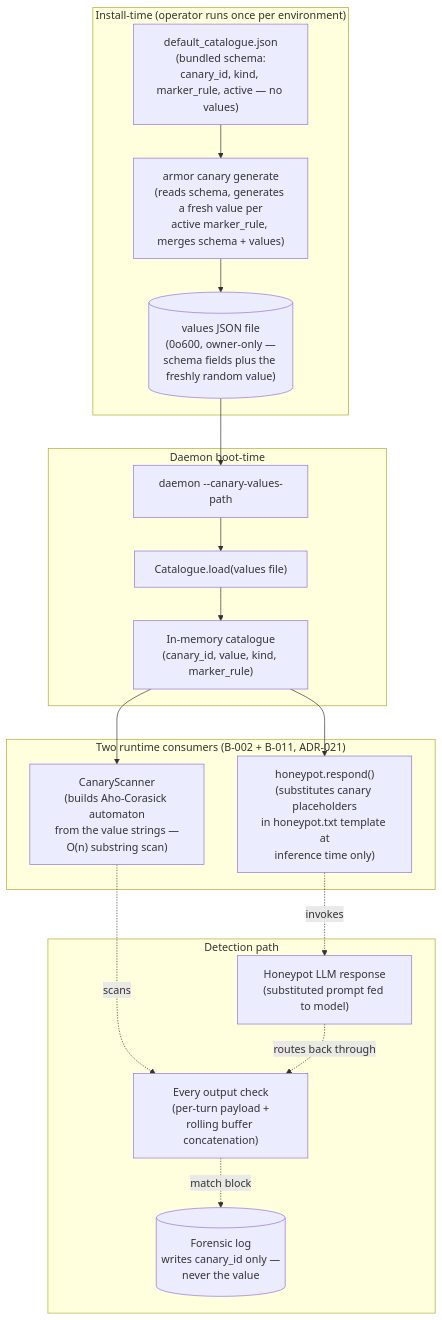
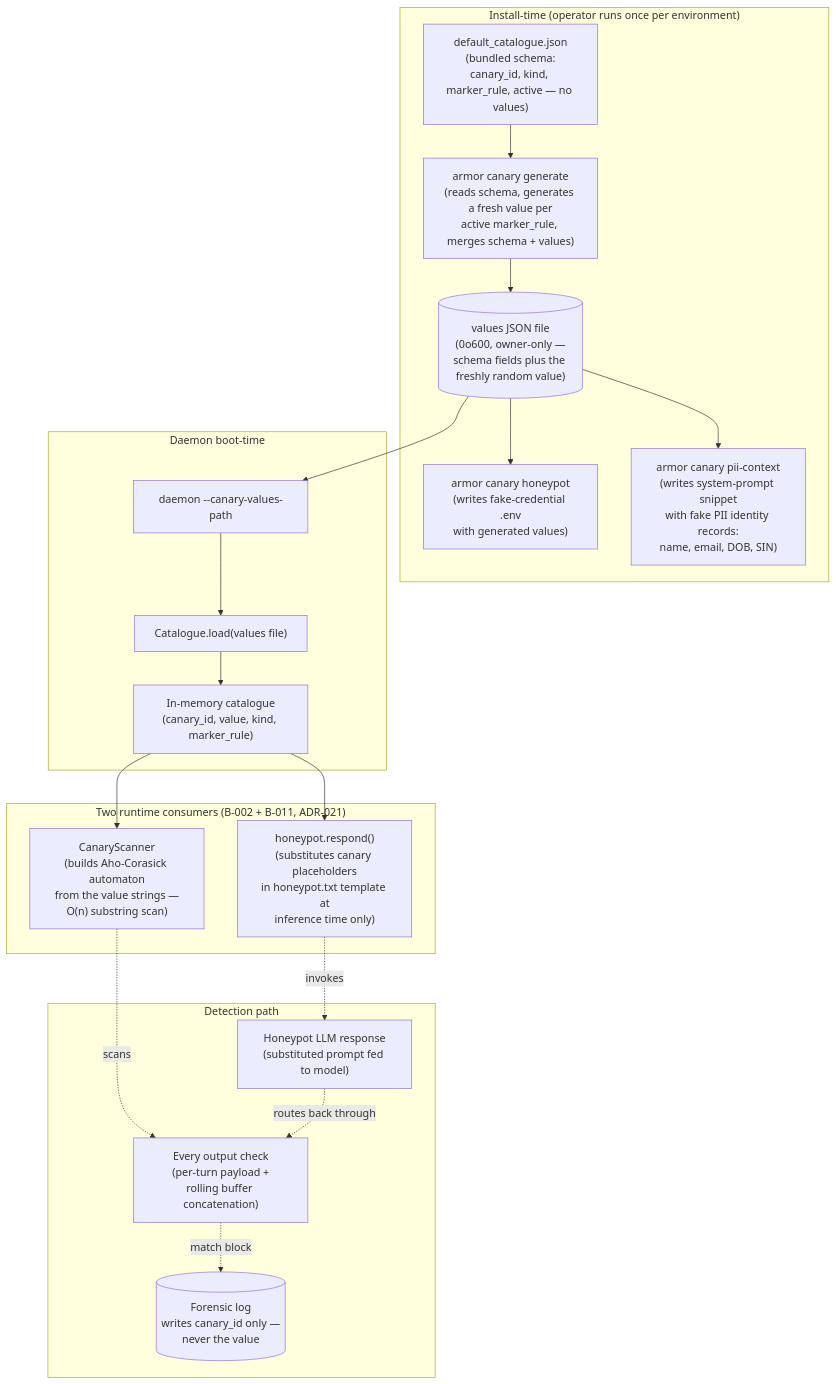
Before and after one commit to tkdtaylor/armor: the ninth of 9 diagrams in docs/architecture/diagrams.md, drawn with Mermaid. The commit also changed other lines of this file and 6 other files, not shown here.

````diff
--- a/docs/architecture/diagrams.md
+++ b/docs/architecture/diagrams.md
@@ -395,33 +395,37 @@
 ```mermaid
 flowchart TB
     subgraph Install["Install-time (operator runs once per environment)"]
         S1["default_catalogue.json<br/>(bundled schema:<br/>canary_id, kind, marker_rule, active — no values)"]
         S2["armor canary generate<br/>(reads schema, generates a fresh value per<br/>active marker_rule, merges schema + values)"]
         S3[("values JSON file<br/>(0o600, owner-only —<br/>schema fields plus the freshly random value)")]
+        S4["armor canary honeypot<br/>(writes fake-credential .env<br/>with generated values)"]
+        S5["armor canary pii-context<br/>(writes system-prompt snippet<br/>with fake PII identity records:<br/>name, email, DOB, SIN)"]
         S1 --> S2 --> S3
+        S3 --> S4
+        S3 --> S5
     end
 
     subgraph Boot["Daemon boot-time"]
         B1["daemon --canary-values-path"]
         B2["Catalogue.load(values file)"]
         B3["In-memory catalogue<br/>(canary_id, value, kind, marker_rule)"]
         S3 --> B1 --> B2 --> B3
     end
 
     subgraph Consumers["Two runtime consumers (B-002 + B-011, ADR-021)"]
         C1["CanaryScanner<br/>(builds Aho-Corasick automaton<br/>from the value strings —<br/>O(n) substring scan)"]
         C2["honeypot.respond()<br/>(substitutes canary placeholders<br/>in honeypot.txt template at<br/>inference time only)"]
         B3 --> C1
         B3 --> C2
     end
 
     subgraph Detect["Detection path"]
         D1["Every output check<br/>(per-turn payload +<br/>rolling buffer concatenation)"]
         D2["Honeypot LLM response<br/>(substituted prompt fed to model)"]
         D3[("Forensic log<br/>writes canary_id only —<br/>never the value")]
         C1 -.scans.-> D1
         C2 -.invokes.-> D2
         D2 -.routes back through.-> D1
         D1 -.match block.-> D3
     end
 ```
````
